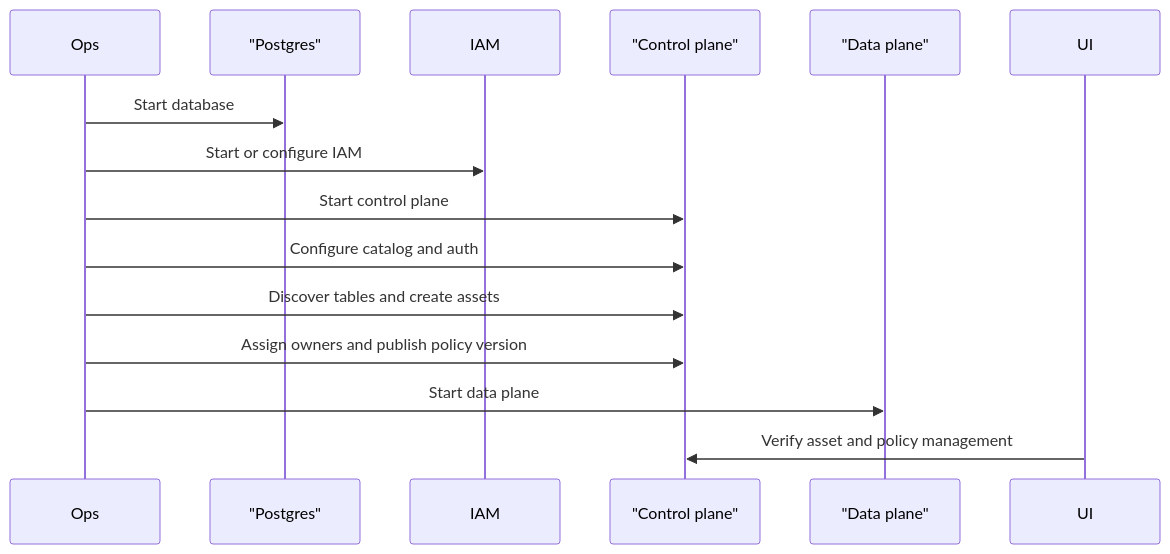
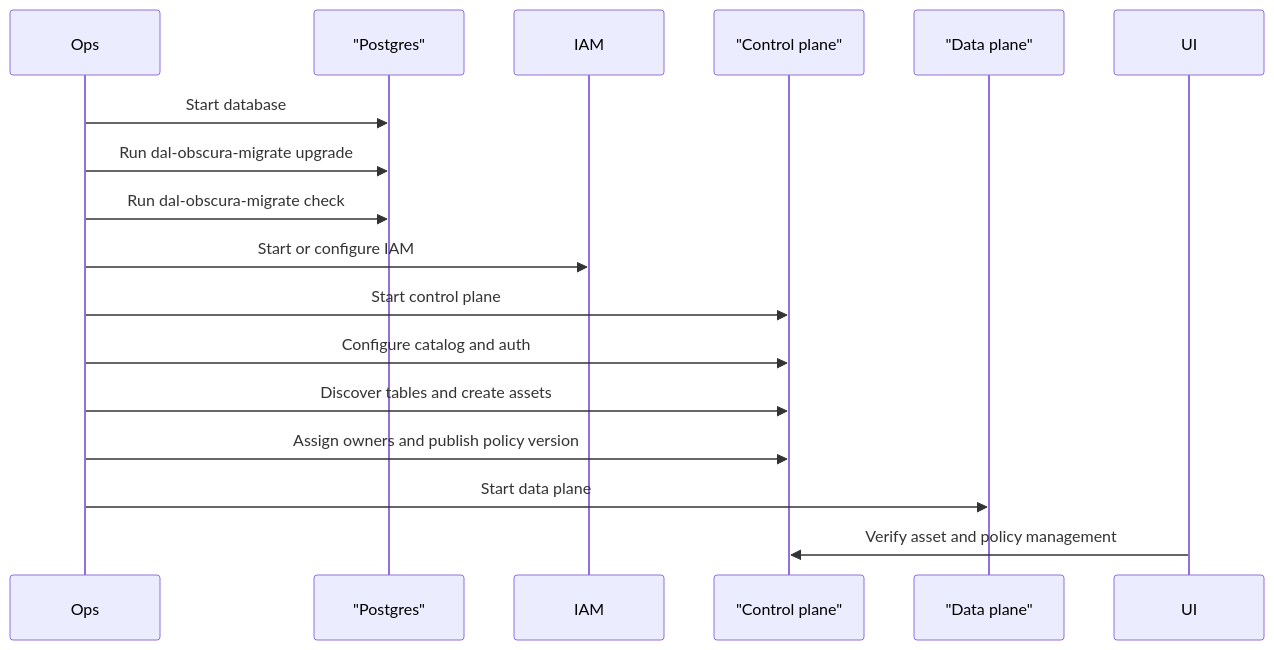
One commit to snithish/dal-obscura changed the second of 2 diagrams in docs/operators.md. Above: the diagram before and after it, drawn with Mermaid. The commit also changed other lines of this file and 34 other files, not shown here.

````diff
--- a/docs/operators.md
+++ b/docs/operators.md
@@ -77,18 +77,20 @@
 ```mermaid
 sequenceDiagram
     participant Ops
     participant DB as "Postgres"
     participant IAM
     participant CP as "Control plane"
     participant DP as "Data plane"
     participant UI
 
     Ops->>DB: Start database
+    Ops->>DB: Run dal-obscura-migrate upgrade
+    Ops->>DB: Run dal-obscura-migrate check
     Ops->>IAM: Start or configure IAM
     Ops->>CP: Start control plane
     Ops->>CP: Configure catalog and auth
     Ops->>CP: Discover tables and create assets
     Ops->>CP: Assign owners and publish policy version
     Ops->>DP: Start data plane
     UI->>CP: Verify asset and policy management
 ```
````
